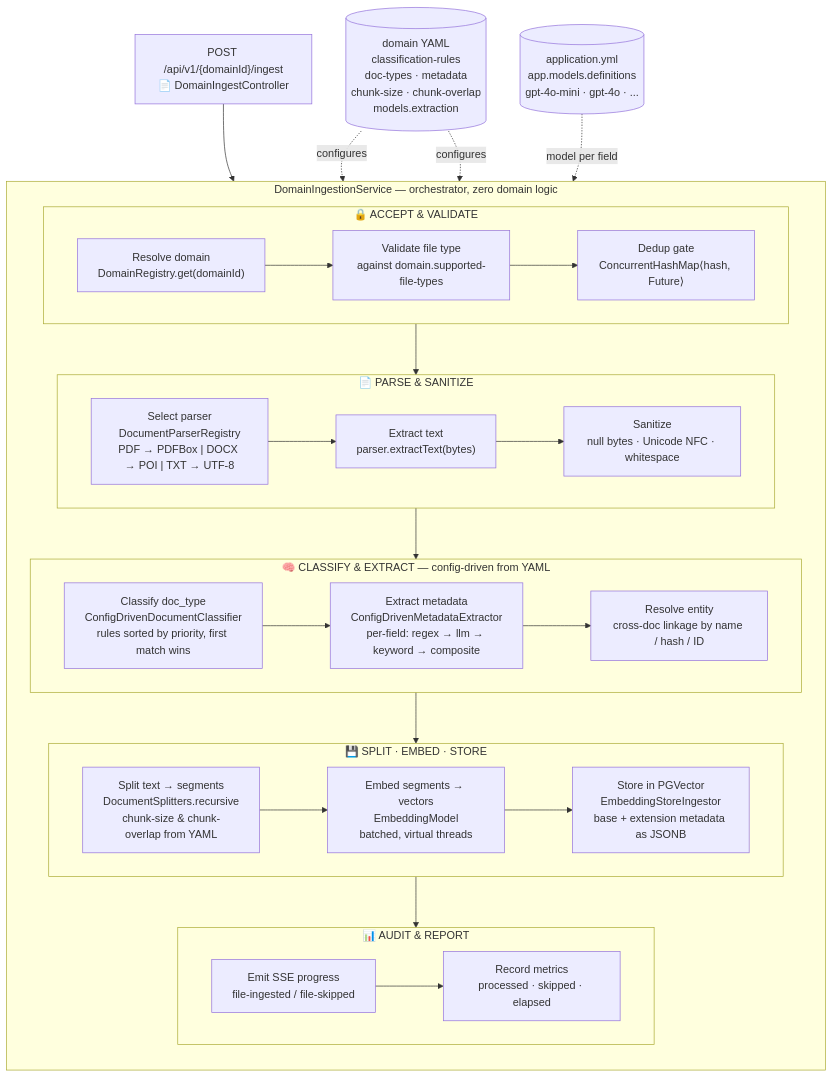
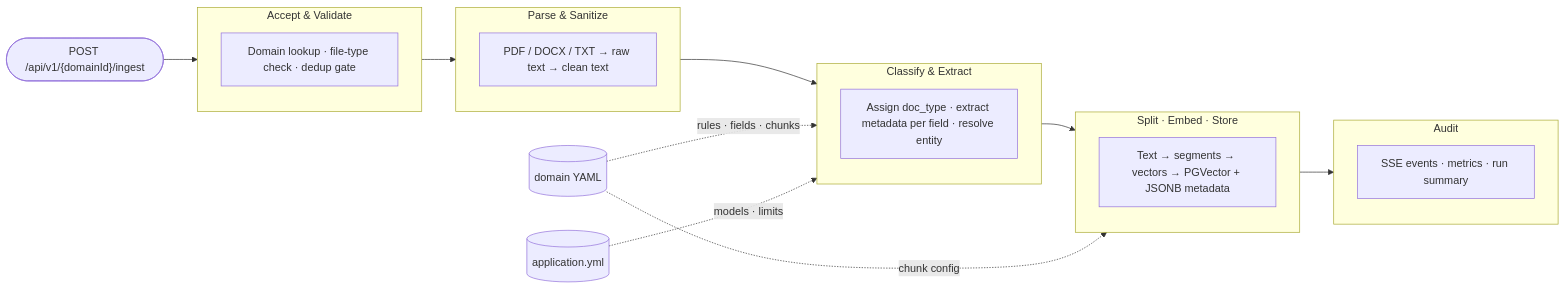
Before and after one commit to josalero/generic-rag-poc: the third of 4 diagrams in technical-design.md, drawn with Mermaid. The commit also changed other lines of this file, not shown here.

Commit message:
Improved ingestion process diagram

````diff
--- a/technical-design.md
+++ b/technical-design.md
@@ -350,48 +350,30 @@
 ```mermaid
-flowchart TD
-    API["POST /api/v1/{domainId}/ingest\n📄 DomainIngestController"] --> SVC
+flowchart LR
+    API(["POST /api/v1/{domainId}/ingest"]) --> ACCEPT
 
-    subgraph SVC["DomainIngestionService — orchestrator, zero domain logic"]
-        direction TB
-
-        subgraph ACCEPT["🔒 ACCEPT & VALIDATE"]
-            A1["Resolve domain\nDomainRegistry.get(domainId)"]
-            A2["Validate file type\nagainst domain.supported-file-types"]
-            A3["Dedup gate\nConcurrentHashMap⟨hash, Future⟩"]
-            A1 --> A2 --> A3
-        end
-
-        subgraph PARSE["📄 PARSE & SANITIZE"]
-            B1["Select parser\nDocumentParserRegistry\nPDF → PDFBox | DOCX → POI | TXT → UTF-8"]
-            B2["Extract text\nparser.extractText(bytes)"]
-            B3["Sanitize\nnull bytes · Unicode NFC · whitespace"]
-            B1 --> B2 --> B3
-        end
-
-        subgraph ENRICH["🧠 CLASSIFY & EXTRACT — config-driven from YAML"]
-            C1["Classify doc_type\nConfigDrivenDocumentClassifier\nrules sorted by priority, first match wins"]
-            C2["Extract metadata\nConfigDrivenMetadataExtractor\nper-field: regex → llm → keyword → composite"]
-            C3["Resolve entity\ncross-doc linkage by name / hash / ID"]
-            C1 --> C2 --> C3
-        end
-
-        subgraph STORE["💾 SPLIT · EMBED · STORE"]
-            D1["Split text → segments\nDocumentSplitters.recursive\nchunk-size & chunk-overlap from YAML"]
-            D2["Embed segments → vectors\nEmbeddingModel\nbatched, virtual threads"]
-            D3["Store in PGVector\nEmbeddingStoreIngestor\nbase + extension metadata as JSONB"]
-            D1 --> D2 --> D3
-        end
-
-        subgraph AUDIT["📊 AUDIT & REPORT"]
-            E1["Emit SSE progress\nfile-ingested / file-skipped"]
-            E2["Record metrics\nprocessed · skipped · elapsed"]
-            E1 --> E2
-        end
-
-        ACCEPT --> PARSE --> ENRICH --> STORE --> AUDIT
+    subgraph ACCEPT["Accept & Validate"]
+        A1["Domain lookup · file-type check · dedup gate"]
     end
 
-    YAML[("domain YAML\nclassification-rules\ndoc-types · metadata\nchunk-size · chunk-overlap\nmodels.extraction")] -.->|configures| ENRICH
-    YAML -.->|configures| STORE
-    MODELS[("application.yml\napp.models.definitions\ngpt-4o-mini · gpt-4o · ...")] -.->|model per field| ENRICH
+    subgraph PARSE["Parse & Sanitize"]
+        B1["PDF / DOCX / TXT → raw text → clean text"]
+    end
+
+    subgraph ENRICH["Classify & Extract"]
+        C1["Assign doc_type · extract metadata per field · resolve entity"]
+    end
+
+    subgraph STORE["Split · Embed · Store"]
+        D1["Text → segments → vectors → PGVector + JSONB metadata"]
+    end
+
+    subgraph AUDIT["Audit"]
+        E1["SSE events · metrics · run summary"]
+    end
+
+    ACCEPT --> PARSE --> ENRICH --> STORE --> AUDIT
+
+    YAML[("domain YAML")] -.->|rules · fields · chunks| ENRICH
+    YAML -.->|chunk config| STORE
+    APP[("application.yml")] -.->|models · limits| ENRICH
 ```
````
